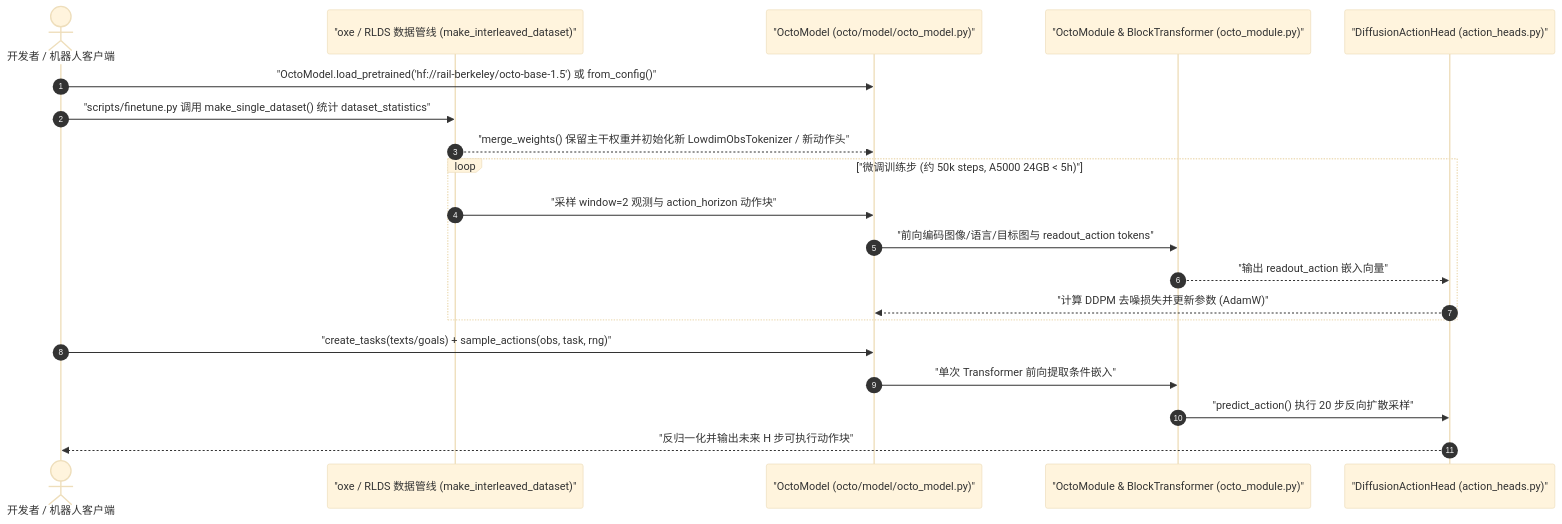
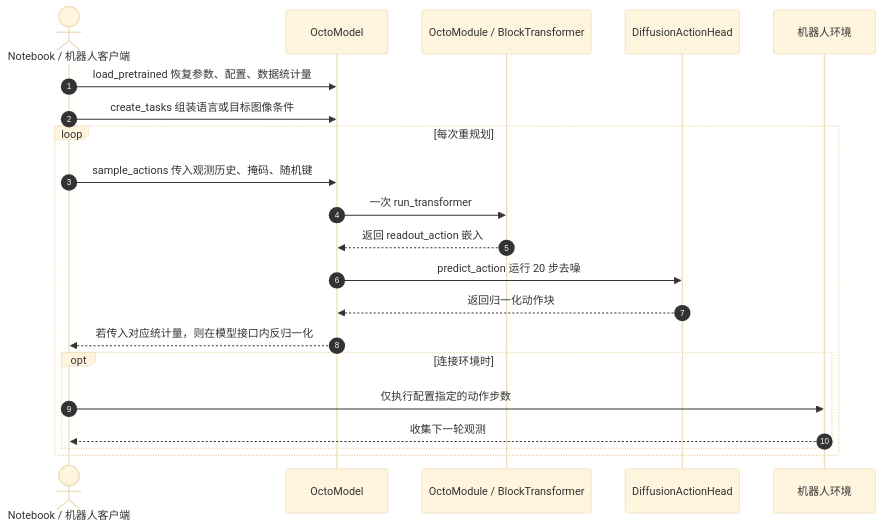
One commit to ImChong/Robotics_Notebooks changed the second of 2 diagrams in wiki/entities/paper-octo.md. Above: the diagram before and after it, drawn with Mermaid (base theme). The commit also changed other lines of this file and 3 other files, not shown here.

````diff
--- a/wiki/entities/paper-octo.md
+++ b/wiki/entities/paper-octo.md
@@ -116,23 +116,23 @@
 ```mermaid
 sequenceDiagram
     autonumber
-    actor Dev as 开发者 / 机器人客户端
-    participant Data as "oxe / RLDS 数据管线 (make_interleaved_dataset)"
-    participant Model as "OctoModel (octo/model/octo_model.py)"
-    participant Mod as "OctoModule & BlockTransformer (octo_module.py)"
-    participant Head as "DiffusionActionHead (action_heads.py)"
-
-    Dev->>Model: "OctoModel.load_pretrained('hf://rail-berkeley/octo-base-1.5') 或 from_config()"
-    Dev->>Data: "scripts/finetune.py 调用 make_single_dataset() 统计 dataset_statistics"
-    Data-->>Model: "merge_weights() 保留主干权重并初始化新 LowdimObsTokenizer / 新动作头"
-    loop "微调训练步 (约 50k steps, A5000 24GB < 5h)"
-        Data->>Model: "采样 window=2 观测与 action_horizon 动作块"
-        Model->>Mod: "前向编码图像/语言/目标图与 readout_action tokens"
-        Mod-->>Head: "输出 readout_action 嵌入向量"
-        Head-->>Model: "计算 DDPM 去噪损失并更新参数 (AdamW)"
+    actor Client as Notebook / 机器人客户端
+    participant Model as OctoModel
+    participant Mod as OctoModule / BlockTransformer
+    participant Head as DiffusionActionHead
+    participant Env as 机器人环境
+    Client->>Model: load_pretrained 恢复参数、配置、数据统计量
+    Client->>Model: create_tasks 组装语言或目标图像条件
+    loop 每次重规划
+        Client->>Model: sample_actions 传入观测历史、掩码、随机键
+        Model->>Mod: 一次 run_transformer
+        Mod-->>Model: 返回 readout_action 嵌入
+        Model->>Head: predict_action 运行 20 步去噪
+        Head-->>Model: 返回归一化动作块
+        Model-->>Client: 若传入对应统计量，则在模型接口内反归一化
+        opt 连接环境时
+            Client->>Env: 仅执行配置指定的动作步数
+            Env-->>Client: 收集下一轮观测
+        end
     end
-    Dev->>Model: "create_tasks(texts/goals) + sample_actions(obs, task, rng)"
-    Model->>Mod: "单次 Transformer 前向提取条件嵌入"
-    Mod->>Head: "predict_action() 执行 20 步反向扩散采样"
-    Head-->>Dev: "反归一化并输出未来 H 步可执行动作块"
 ```
````
